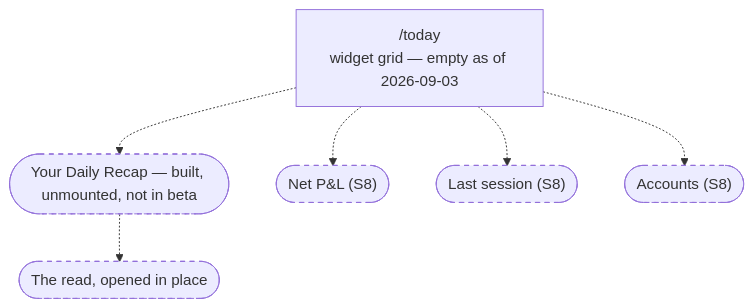
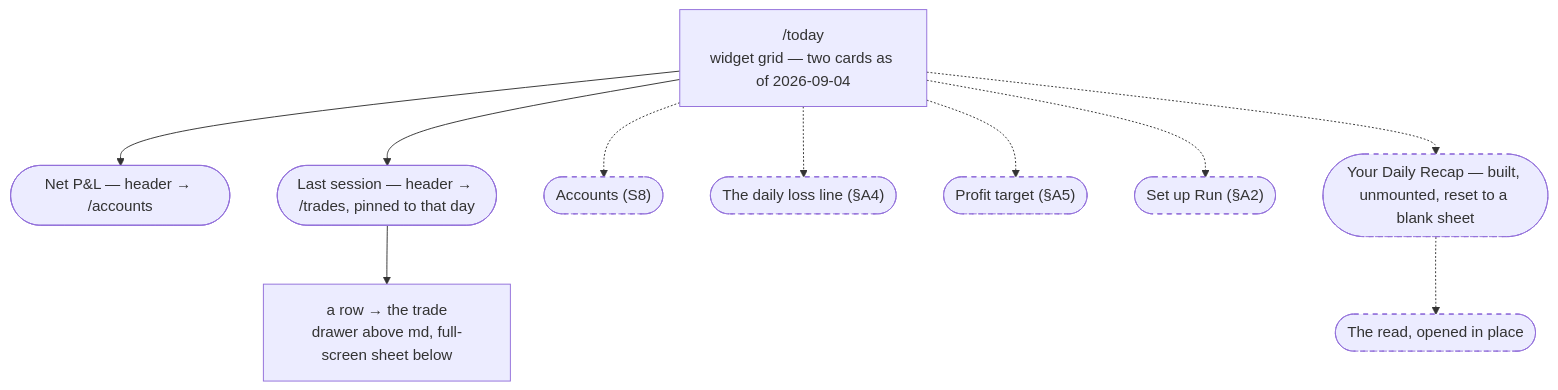
Diagram 12 of 15 in docs/user-guide.md (modryn-studio/run-rebuild), drawn with Mermaid before and after one commit. The commit also changed other lines of this file and 15 other files, not shown here.

First line of the commit message:
Today gets its second card, and the front door stops calling one number two things

````diff
--- a/docs/user-guide.md
+++ b/docs/user-guide.md
@@ -443,15 +443,20 @@
 ```mermaid
 flowchart TD
-  Today["/today<br/>widget grid — empty as of 2026-09-03"]
-  Today -.-> Recap(["Your Daily Recap — built, unmounted, not in beta"])
+  Today["/today<br/>widget grid — two cards as of 2026-09-04"]
+  Today --> NetPnl(["Net P&L — header → /accounts"])
+  Today --> Last(["Last session — header → /trades, pinned to that day"])
+  Last --> Row["a row → the trade<br/>drawer above md, full-screen sheet below"]
+  Today -.-> Accts(["Accounts (S8)"])
+  Today -.-> Line(["The daily loss line (§A4)"])
+  Today -.-> Target(["Profit target (§A5)"])
+  Today -.-> Setup(["Set up Run (§A2)"])
+  Today -.-> Recap(["Your Daily Recap — built, unmounted, reset to a blank sheet"])
   Recap -.-> Read(["The read, opened in place"])
-  Today -.-> NetPnl(["Net P&L (S8)"])
-  Today -.-> Last(["Last session (S8)"])
-  Today -.-> Accts(["Accounts (S8)"])
 
   style Recap stroke-dasharray: 5 5
   style Read stroke-dasharray: 5 5
-  style NetPnl stroke-dasharray: 5 5
   style Accts stroke-dasharray: 5 5
-  style Last stroke-dasharray: 5 5
+  style Line stroke-dasharray: 5 5
+  style Target stroke-dasharray: 5 5
+  style Setup stroke-dasharray: 5 5
 ```
````
